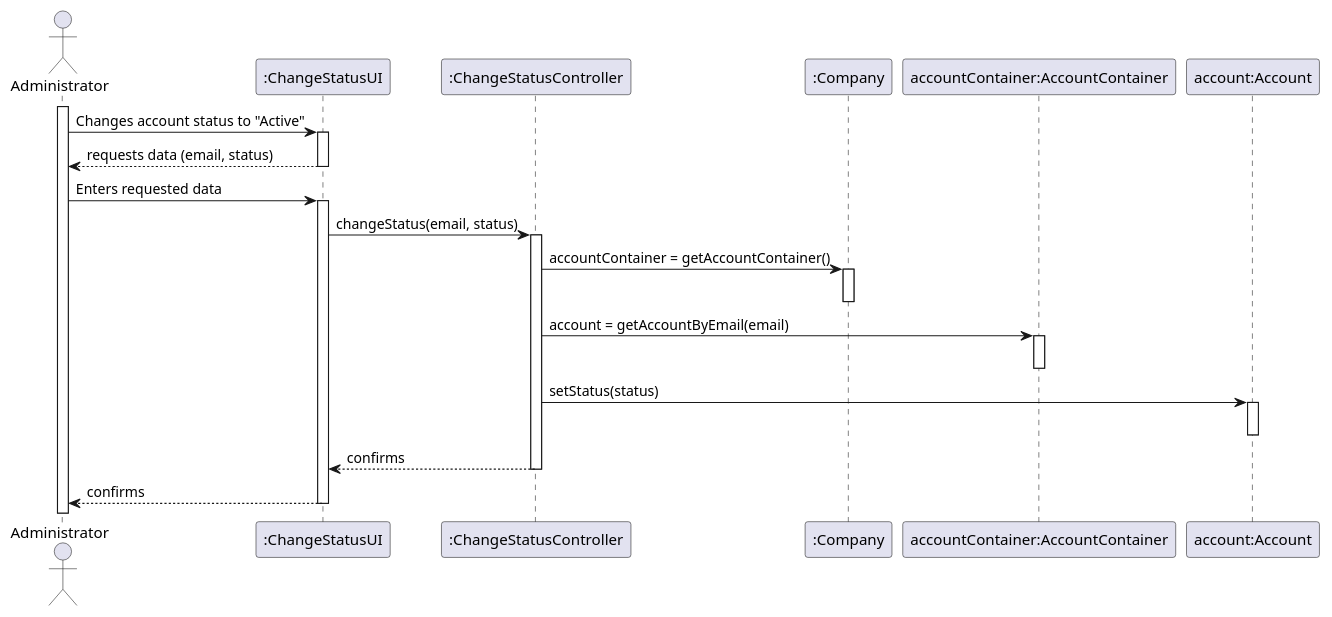
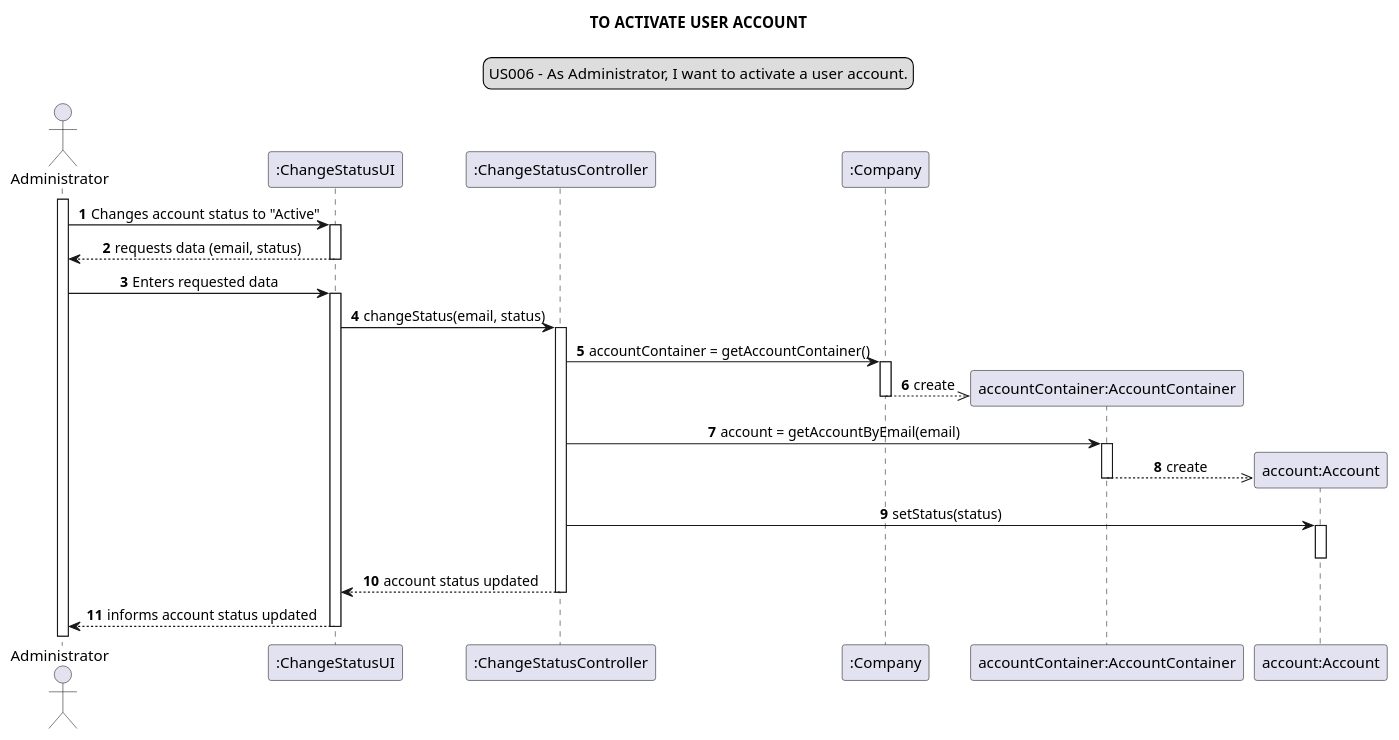
Before and after one commit to Loracline/project_switch_22-23: the diagram in docs/modelling_design/user_stories/us006/US006_sequenceDiagram.puml, drawn with PlantUML. The commit also changed 10 other files, not shown here.

Commit message:
US001 - US006 : Design : Updated Sequence Diagram. Refined AccountContainer.java , ChangeStatusController.java, Company.java, CompanyTest.java and ProfileContainer.java.

```diff
--- a/docs/modelling_design/user_stories/us006/US006_sequenceDiagram.puml
+++ b/docs/modelling_design/user_stories/us006/US006_sequenceDiagram.puml
@@ -1,33 +1,43 @@
 @startuml
 
+legend top
+US006 - As Administrator, I want to activate a user account.
+end legend
+skinparam sequenceMessageAlign center
+title TO ACTIVATE USER ACCOUNT
+autonumber
 actor "Administrator" as admin
 participant ":ChangeStatusUI" as ui
 participant ":ChangeStatusController" as controller
 participant ":Company" as company
 participant "accountContainer:AccountContainer" as container
 participant "account:Account" as account
 
 activate admin
 admin -> ui : Changes account status to "Active"
 activate ui
 ui --> admin: requests data (email, status)
 deactivate ui
 admin -> ui: Enters requested data
 activate ui
 ui -> controller: changeStatus(email, status)
 activate controller
 controller -> company: accountContainer = getAccountContainer()
 activate company
+create container
+company -->> container: create
 deactivate company
 controller -> container: account = getAccountByEmail(email)
 activate container
+create account
+container -->> account: create
 deactivate container
 controller -> account: setStatus(status)
 activate account
 deactivate account
-controller --> ui: confirms
+controller --> ui: account status updated
 deactivate controller
-ui --> admin: confirms
+ui --> admin: informs account status updated
 deactivate ui
 
 @enduml
```
